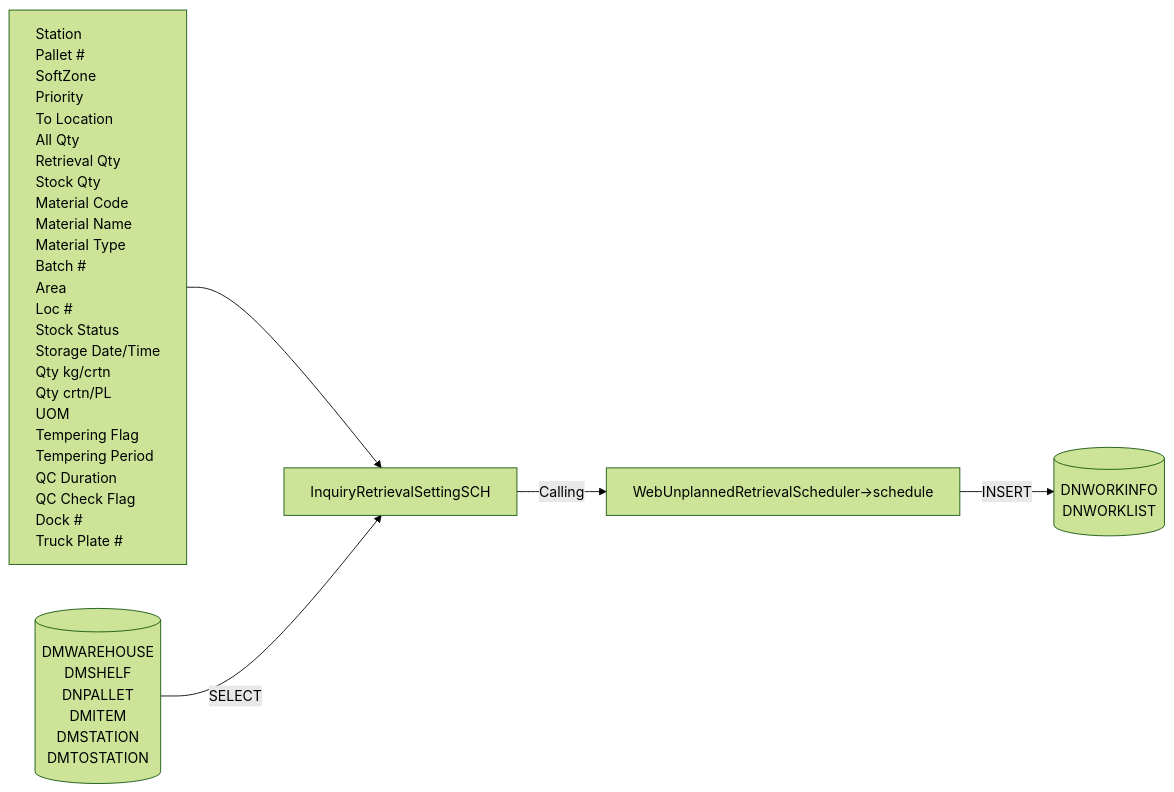
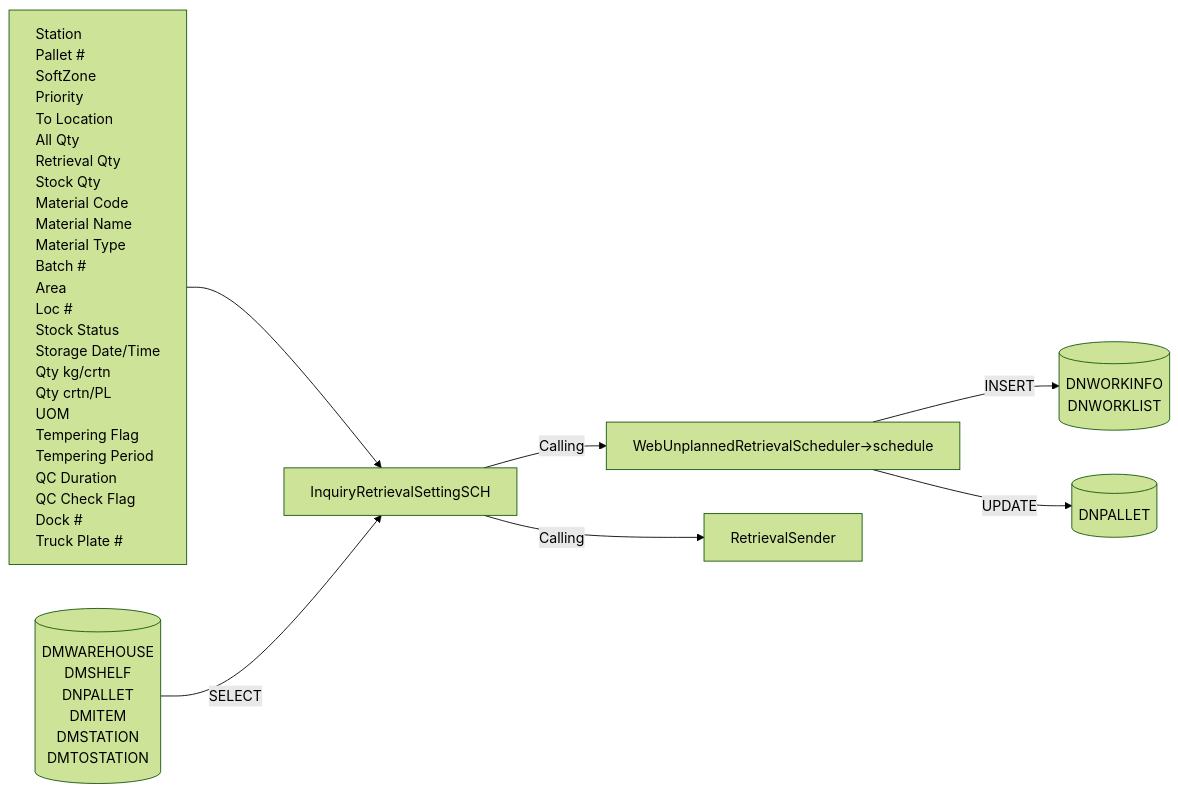
The third of 11 diagrams in Basic-Design/DFD-WMS/Retrieval/Unplanned-Retrieval-to-HP-Area.md (luthfiadityaa/SimeDarby-Wiki), drawn with Mermaid (forest theme) before and after one commit.

Commit message:
Updated Unplanned Retrieval to HP Area

```diff
--- a/Basic-Design/DFD-WMS/Retrieval/Unplanned-Retrieval-to-HP-Area.md
+++ b/Basic-Design/DFD-WMS/Retrieval/Unplanned-Retrieval-to-HP-Area.md
@@ -109,52 +109,60 @@
 ::: mermaid
 flowchart LR
     input[
         Station
         Pallet #
         SoftZone
         Priority
         To Location
         All Qty
         Retrieval Qty
         Stock Qty
         Material Code
         Material Name
         Material Type
         Batch #
         Area
         Loc #
         Stock Status
         Storage Date/Time
         Qty kg/crtn
         Qty crtn/PL
         UOM
         Tempering Flag
         Tempering Period
         QC Duration
         QC Check Flag
         Dock #
         Truck Plate #  
     ]
 
     tableList-insert[("
         DNWORKINFO
         DNWORKLIST
     ")]
 
      tableList-select[("
         DMWAREHOUSE
         DMSHELF
         DNPALLET
         DMITEM
         DMSTATION
         DMTOSTATION
     ")]
 
+    tableList-update[("
+        DNPALLET
+    ")]
+
     className[InquiryRetrievalSettingSCH]
     className--> |Calling| className2[WebUnplannedRetrievalScheduler→schedule] --> |INSERT| tableList-insert
     input --> className 
+    className--> |Calling| P1[RetrievalSender]
+    className2 --> |UPDATE| tableList-update
+
+
     tableList-select --> |SELECT| className
 
     classDef leftAlign text-align:left;
     class input leftAlign;
 :::
```
